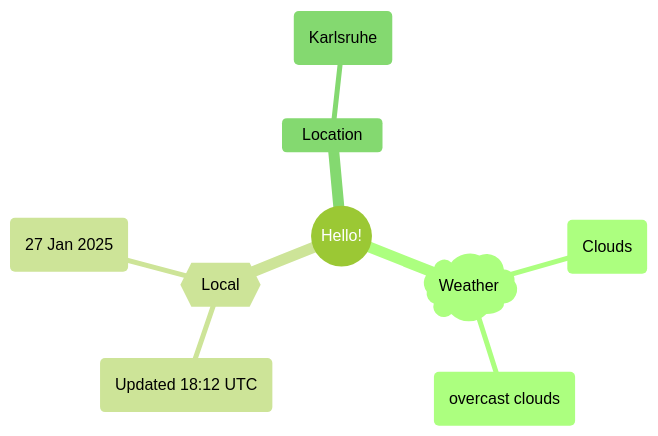
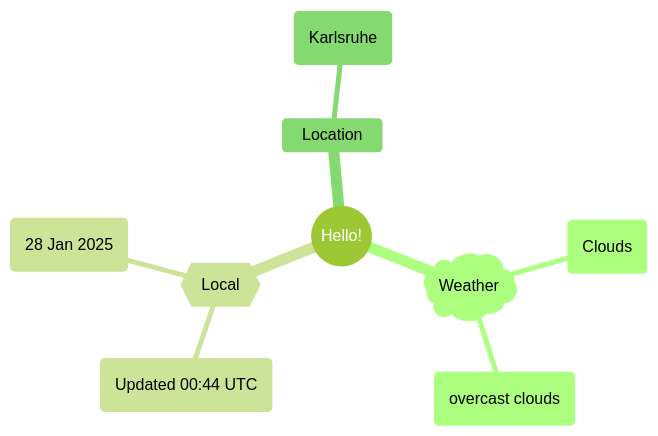
Before and after one commit to Xosrov/Xosrov: the first of 2 diagrams in README.md, drawn with Mermaid (forest theme).

Commit message:
[bot] updated images

````diff
--- a/README.md
+++ b/README.md
@@ -3,12 +3,12 @@
 ```mermaid
 mindmap
   root((Hello!))
     )Weather(
         (Clouds)
         (overcast clouds)
     {{Local}}
-        (Updated 18:12 UTC)
-        (27 Jan 2025)
+        (Updated 00:44 UTC)
+        (28 Jan 2025)
     Location
         (Karlsruhe)
 ```
````
